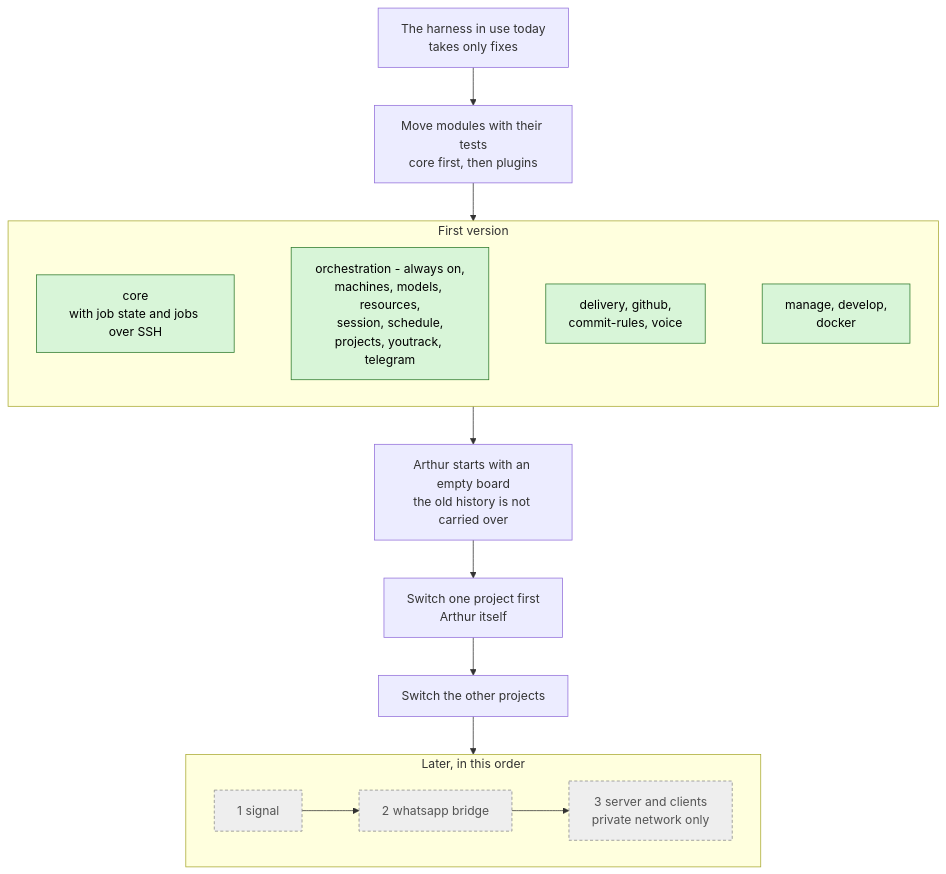
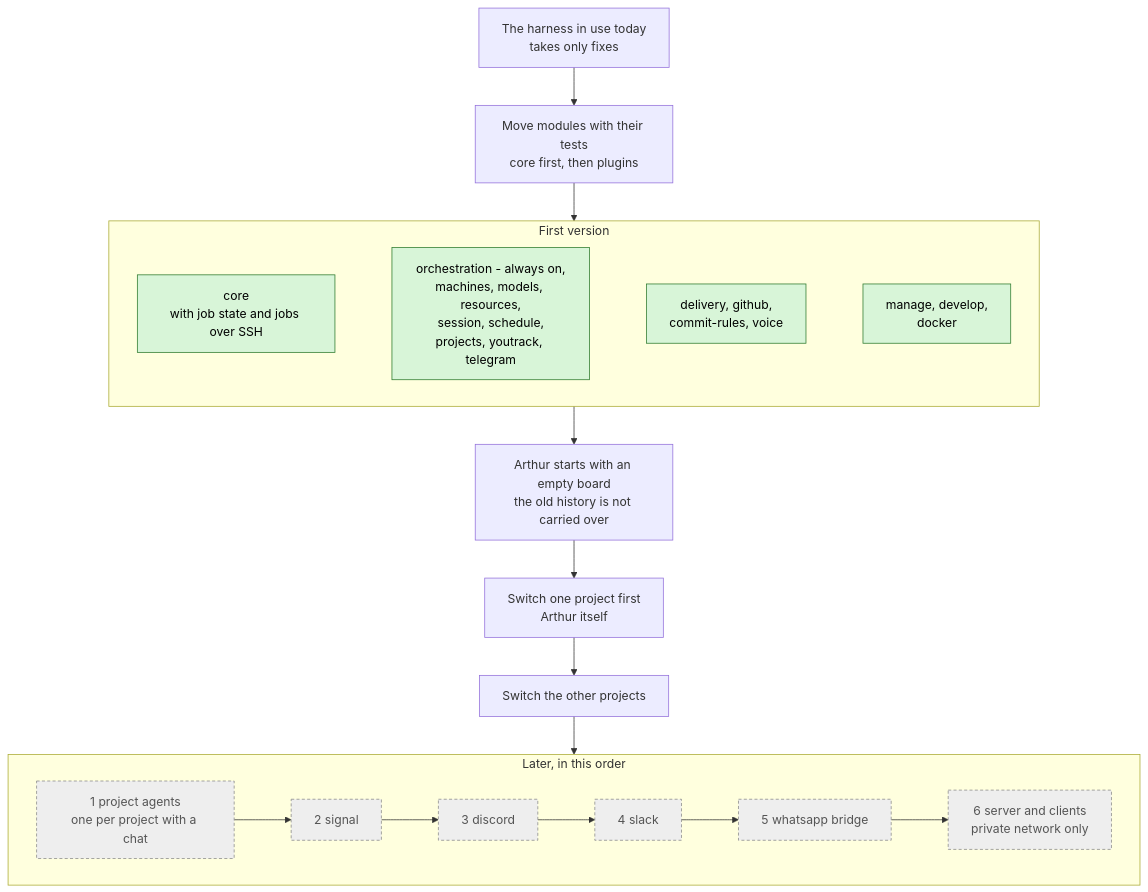
The diagram in docs/architecture/versions.mmd (kacperadler/arthur), drawn with Mermaid before and after one commit. The commit also changed 4 other files, not shown here.

Commit message:
docs(AR0098): project agents, Discord and Slack in diagrams and config

```diff
--- a/docs/architecture/versions.mmd
+++ b/docs/architecture/versions.mmd
@@ -1,30 +1,33 @@
 %% From the harness in use today to Arthur's first version and after it. Green = first version, grey dashed = later.
 flowchart TD
   today[The harness in use today<br/>takes only fixes]
   move[Move modules with their tests<br/>core first, then plugins]
 
   subgraph V1[First version]
     core[core<br/>with job state and jobs over SSH]
     p1[orchestration - always on,<br/>machines, models, resources,<br/>session, schedule,<br/>projects, youtrack, telegram]
     p2[delivery, github,<br/>commit-rules, voice]
     p3[manage, develop,<br/>docker]
     core ~~~ p1 ~~~ p2 ~~~ p3
   end
 
   start[Arthur starts with an empty board<br/>the old history is not carried over]
   switch1[Switch one project first<br/>Arthur itself]
   switch2[Switch the other projects]
 
   subgraph V2[Later, in this order]
-    signal[1 signal]
-    whatsapp[2 whatsapp bridge]
-    server[3 server and clients<br/>private network only]
-    signal --> whatsapp --> server
+    agents[1 project agents<br/>one per project with a chat]
+    signal[2 signal]
+    discord[3 discord]
+    slack[4 slack]
+    whatsapp[5 whatsapp bridge]
+    server[6 server and clients<br/>private network only]
+    agents --> signal --> discord --> slack --> whatsapp --> server
   end
 
   today --> move --> V1 --> start --> switch1 --> switch2 --> V2
 
   classDef first fill:#d8f5d8,stroke:#2d7a2d,color:#000;
   classDef later fill:#eee,stroke:#888,stroke-dasharray:4 3,color:#555;
   class core,p1,p2,p3 first;
-  class signal,whatsapp,server later;
+  class agents,signal,discord,slack,whatsapp,server later;
```
